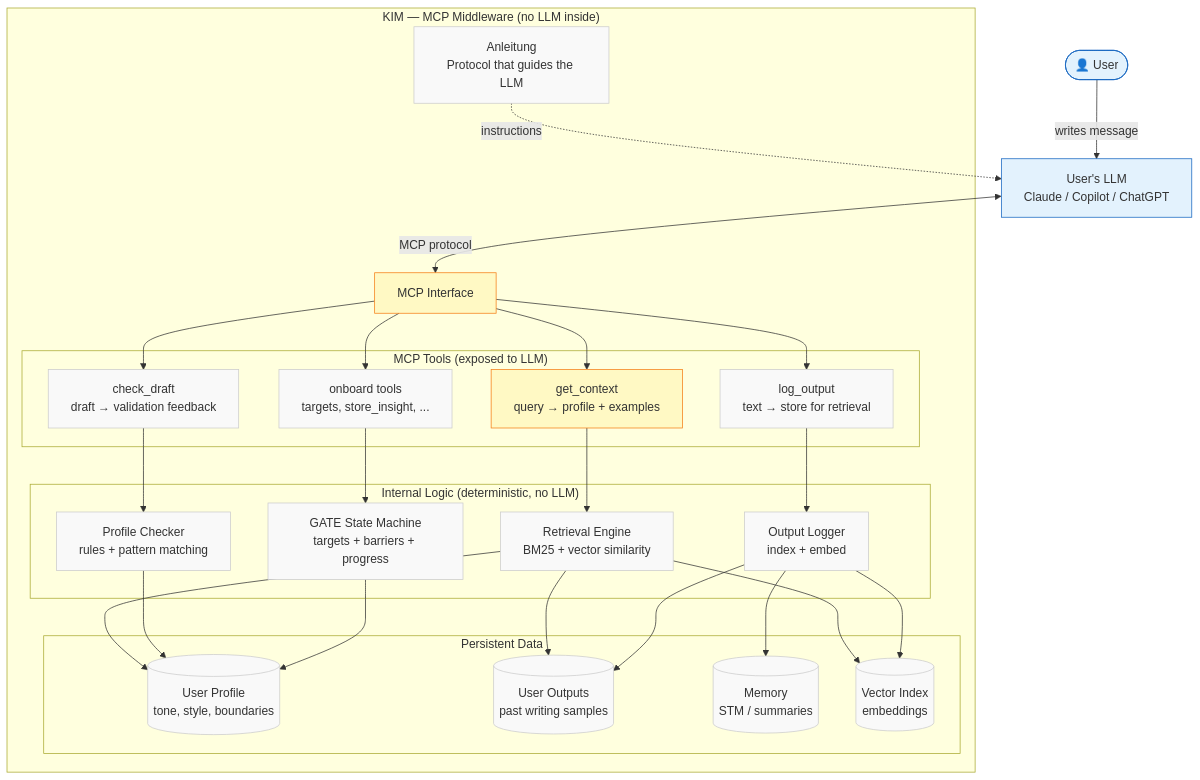
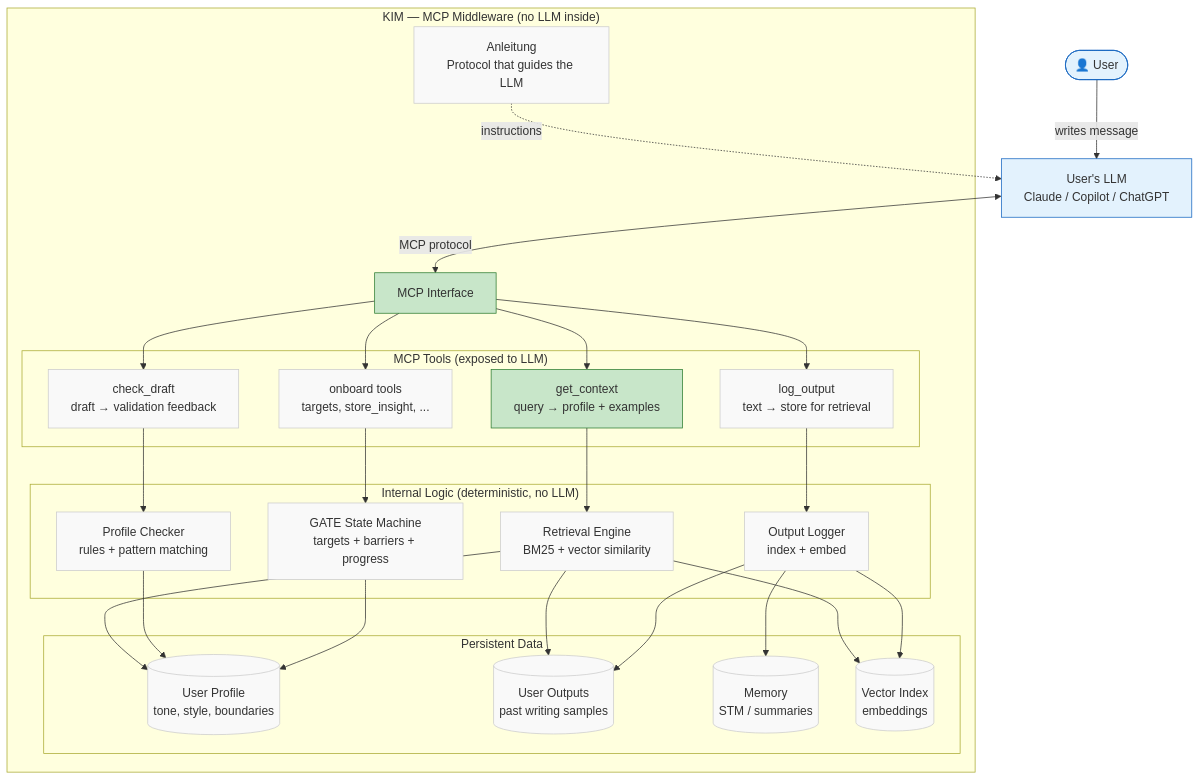
Before and after one commit to JuanWiegmann/IRIS: the first of 7 diagrams in ARCHITECTURE.md, drawn with Mermaid. The commit also changed other lines of this file and 11 other files, not shown here.

First line of the commit message:
segment 1: MCP server foundation complete

```diff
--- a/ARCHITECTURE.md
+++ b/ARCHITECTURE.md
@@ -71,11 +71,11 @@
     style User fill:#E3F2FD,stroke:#1565C0
     style LLM fill:#E3F2FD,stroke:#1565C0
 
-    %% MCP Interface — Segment 1 (current)
-    style MCP fill:#FFF9C4,stroke:#F57F17
+    %% MCP Interface — Segment 1 (built)
+    style MCP fill:#C8E6C9,stroke:#2E7D32
 
-    %% Tools — Segment 1 (current)
-    style T_ctx fill:#FFF9C4,stroke:#F57F17
+    %% Tools — Segment 1 (get_context built, others planned)
+    style T_ctx fill:#C8E6C9,stroke:#2E7D32
     style T_chk fill:#f9f9f9,stroke:#ccc
     style T_onb fill:#f9f9f9,stroke:#ccc
     style T_log fill:#f9f9f9,stroke:#ccc
```
